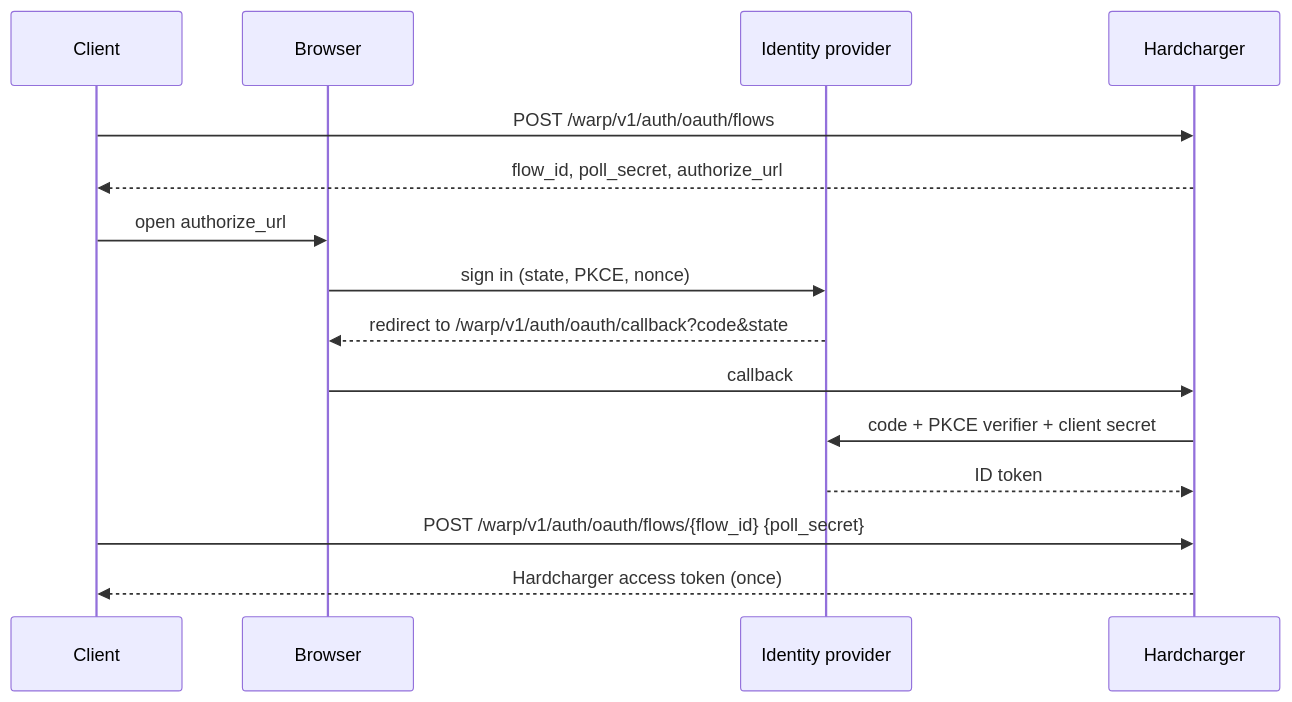
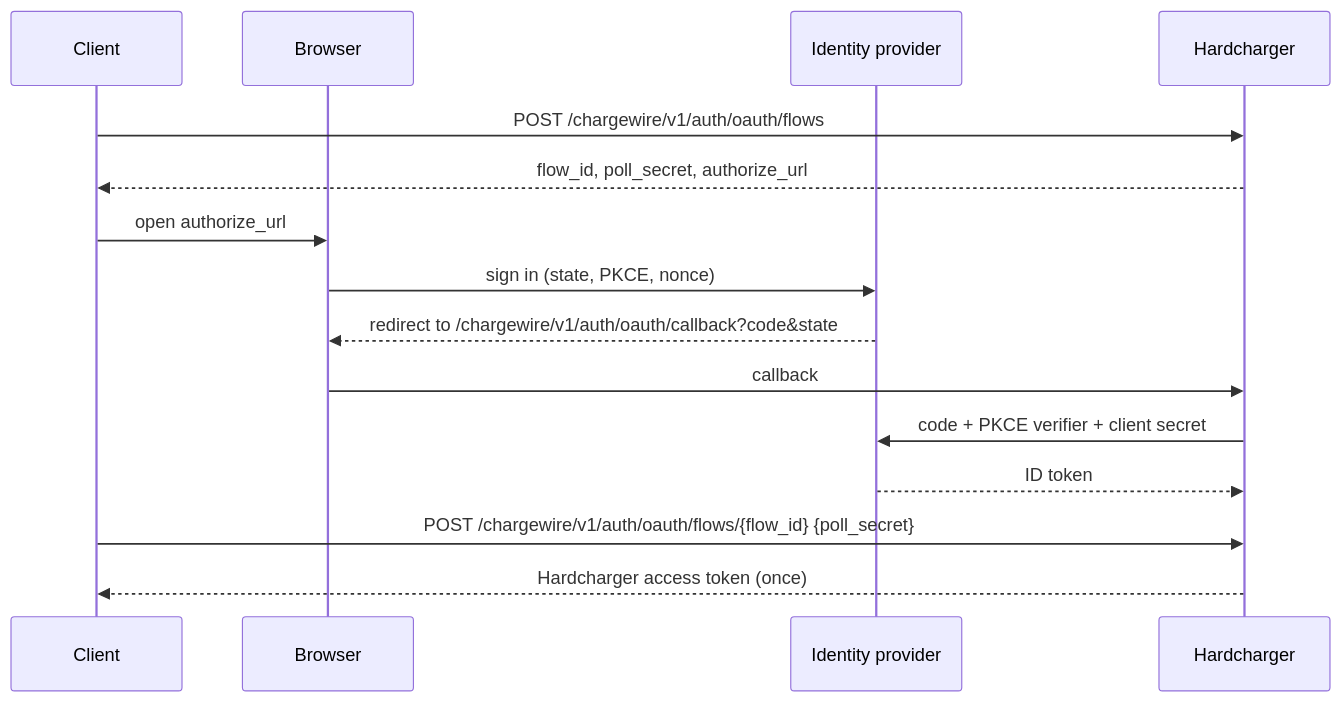
One commit to gizmodata/hardcharger-docs changed the second of 2 diagrams in src/content/docs/guides/sso.mdx. Above: the diagram before and after it, drawn with Mermaid. The commit also changed other lines of this file and 48 other files, not shown here.

````diff
--- a/src/content/docs/guides/sso.mdx
+++ b/src/content/docs/guides/sso.mdx
@@ -257,17 +257,17 @@
 ```mermaid
 sequenceDiagram
   participant C as Client
   participant B as Browser
   participant I as Identity provider
   participant H as Hardcharger
-  C->>H: POST /warp/v1/auth/oauth/flows
+  C->>H: POST /chargewire/v1/auth/oauth/flows
   H-->>C: flow_id, poll_secret, authorize_url
   C->>B: open authorize_url
   B->>I: sign in (state, PKCE, nonce)
-  I-->>B: redirect to /warp/v1/auth/oauth/callback?code&state
+  I-->>B: redirect to /chargewire/v1/auth/oauth/callback?code&state
   B->>H: callback
   H->>I: code + PKCE verifier + client secret
   I-->>H: ID token
-  C->>H: POST /warp/v1/auth/oauth/flows/{flow_id}  {poll_secret}
+  C->>H: POST /chargewire/v1/auth/oauth/flows/{flow_id}  {poll_secret}
   H-->>C: Hardcharger access token (once)
 ```
````
